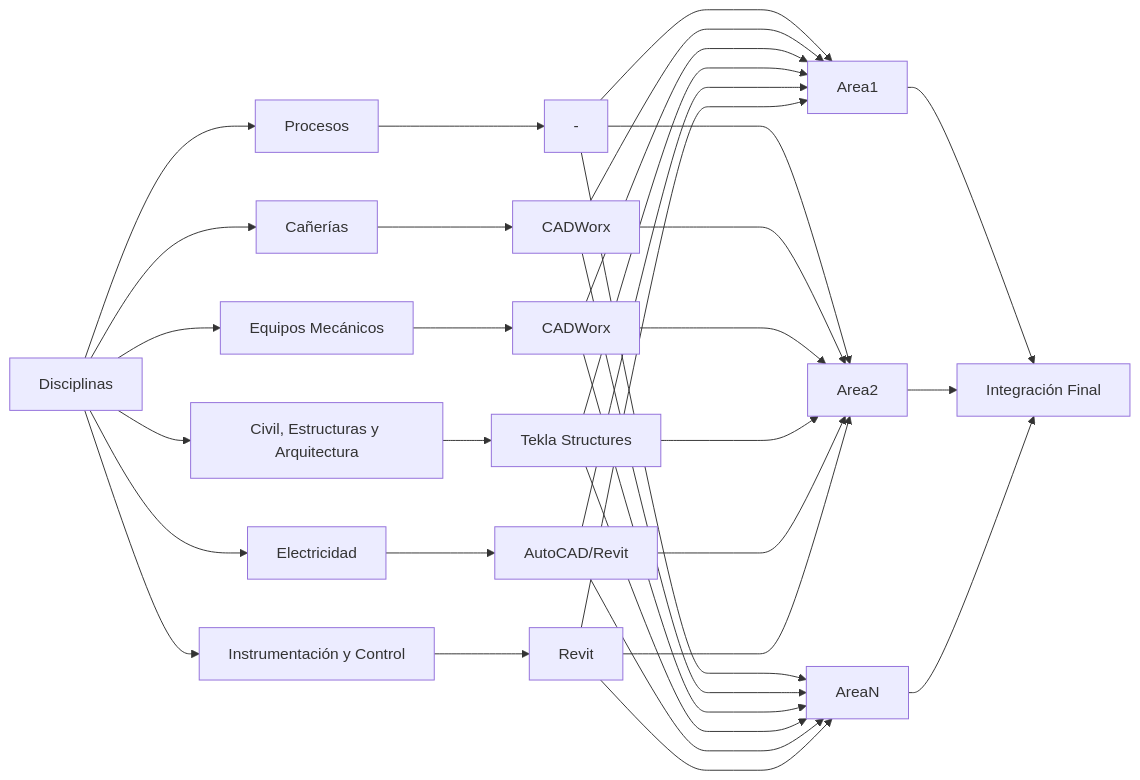
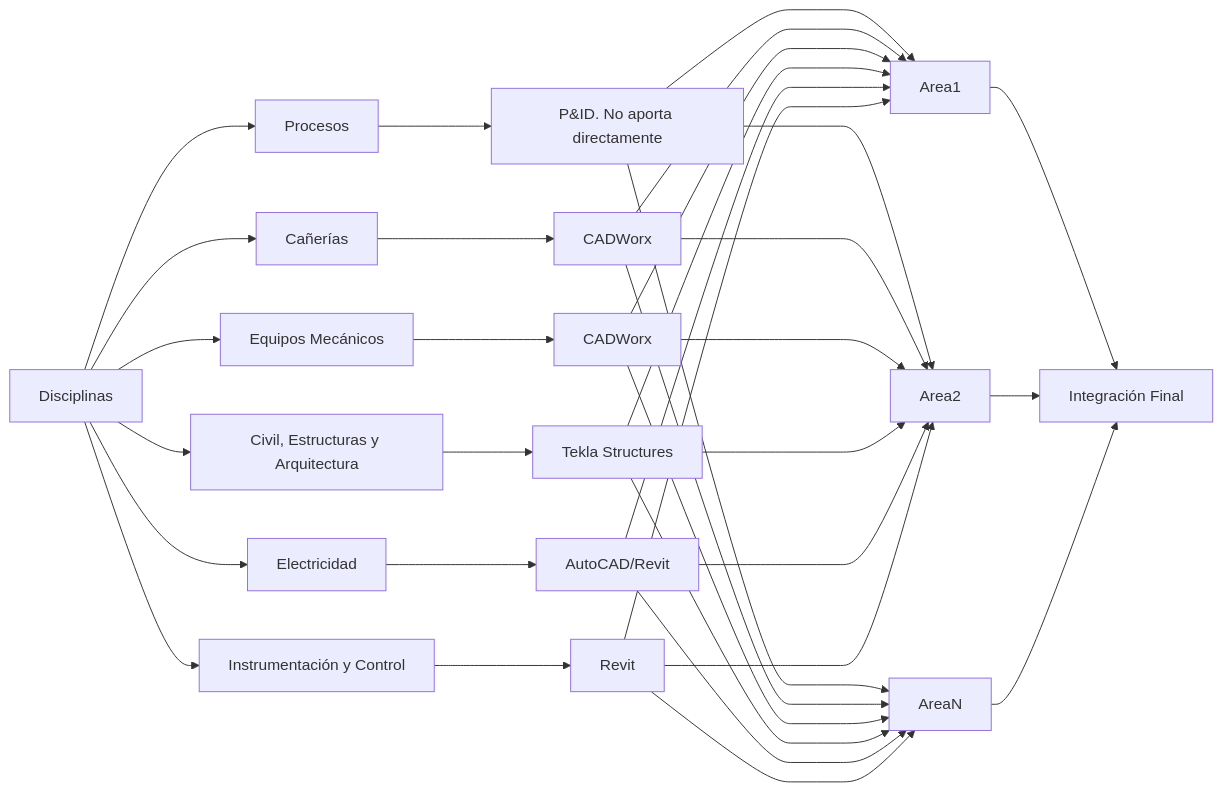
One commit to agustdiez/tekla-structures-hyt changed the second of 2 diagrams in docs/generalidades/BIM.md. Above: the diagram before and after it, drawn with Mermaid. The commit also changed 9 other files, not shown here.

````diff
--- a/docs/generalidades/BIM.md
+++ b/docs/generalidades/BIM.md
@@ -92,46 +92,46 @@
 ```mermaid
 
 flowchart LR
     Start[Disciplinas] --> Procesos[Procesos]
     Start --> Cañerias[Cañerías]
     Start --> EquiposMec[Equipos Mecánicos]
     Start --> Civil[Civil, Estructuras y Arquitectura]
     Start --> Electricidad[Electricidad]
     Start --> Instrumentacion[Instrumentación y Control]
 
-    Procesos --> SOFT1[-]
+    Procesos --> SOFT1[P&ID. No aporta directamente]
     Cañerias --> SOFT2[CADWorx]
     EquiposMec --> SOFT3[CADWorx]
     Civil --> SOFT4[Tekla Structures]
     Electricidad --> SOFT5[AutoCAD/Revit]
     Instrumentacion --> SOFT6[Revit]
     
     SOFT1 ----> Area1
     SOFT1 ----> Area2
     SOFT1 ----> AreaN
 
     SOFT2 ----> Area1
     SOFT2 ----> Area2
     SOFT2 ----> AreaN
 
     SOFT3 ----> Area1
     SOFT3 ----> Area2
     SOFT3 ----> AreaN
 
     SOFT4 ----> Area1
     SOFT4 ----> Area2
     SOFT4 ----> AreaN
 
     SOFT5 ----> Area1
     SOFT5 ----> Area2
     SOFT5 ----> AreaN
 
     SOFT6 ----> Area1
     SOFT6 ----> Area2
     SOFT6 ----> AreaN
     
     Area1 --> Final[Integración Final]
     Area2 --> Final
     AreaN --> Final
 
 ```
````
